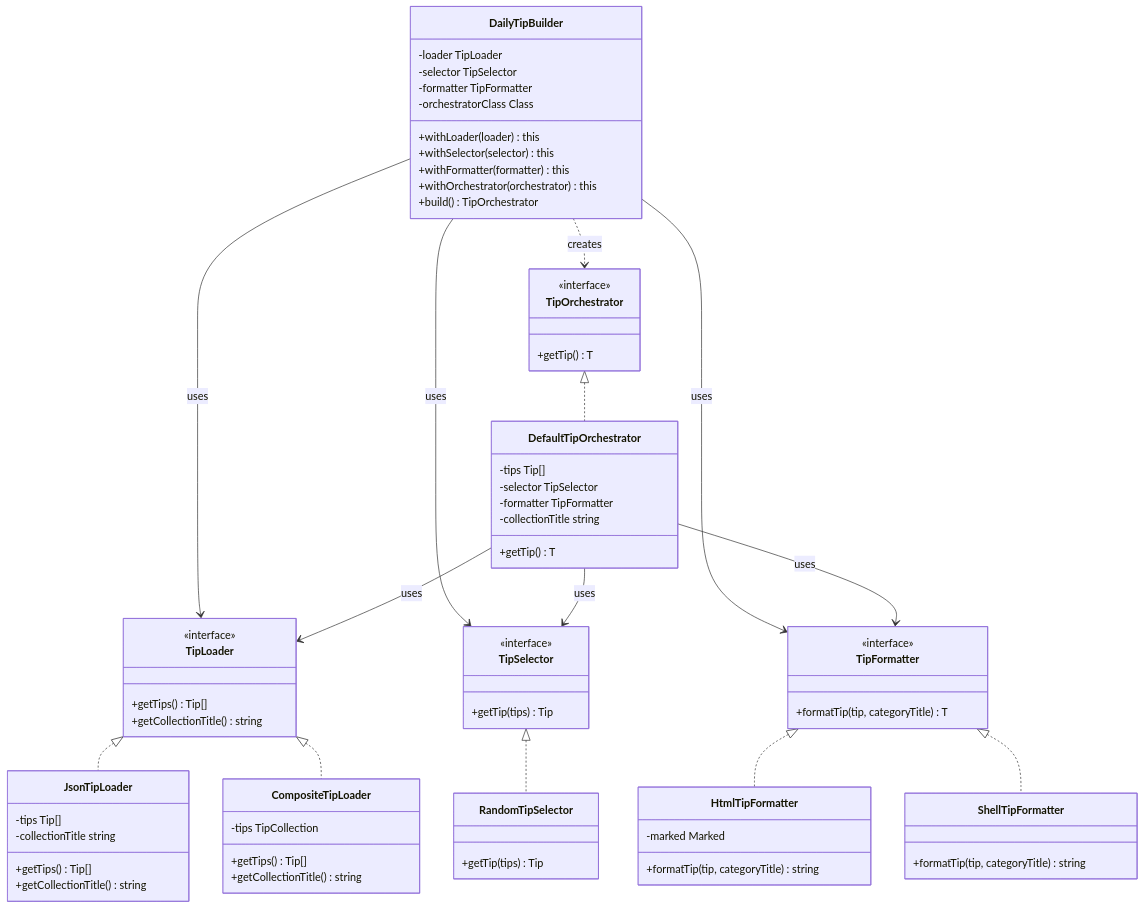
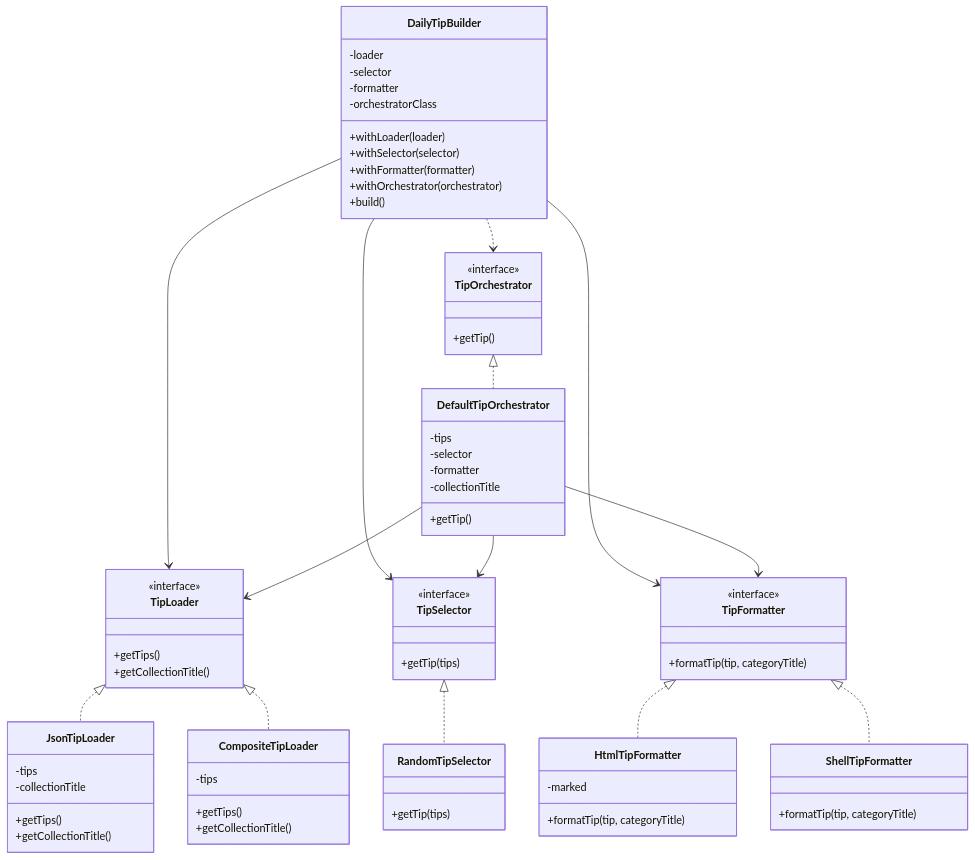
One commit to timramsier/daily-tip changed the second of 4 diagrams in docs/development/architecture.md. Above: the diagram before and after it, drawn with Mermaid.

Commit message:
fix: simplify Mermaid class diagram to remove all syntax errors
- Remove all type annotations (Tip[], string, etc.) from methods
- Remove type annotations from properties
- Keep only method/property names for cleaner diagram
- Maintain all class relationships and structure
- Remove relationship labels that may cause parsing issues

The diagram now uses minimal Mermaid syntax that is guaranteed
to render correctly while still showing the complete architecture.

````diff
--- a/docs/development/architecture.md
+++ b/docs/development/architecture.md
@@ -50,69 +50,69 @@
 classDiagram
     class TipLoader {
         <<interface>>
-        +getTips() Tip[]
-        +getCollectionTitle() string
+        +getTips()
+        +getCollectionTitle()
     }
     
     class TipSelector {
         <<interface>>
-        +getTip(tips) Tip
+        +getTip(tips)
     }
     
     class TipFormatter {
         <<interface>>
-        +formatTip(tip, categoryTitle) T
+        +formatTip(tip, categoryTitle)
     }
     
     class TipOrchestrator {
         <<interface>>
-        +getTip() T
+        +getTip()
     }
     
     class DailyTipBuilder {
-        -loader TipLoader
-        -selector TipSelector
-        -formatter TipFormatter
-        -orchestratorClass Class
-        +withLoader(loader) this
-        +withSelector(selector) this
-        +withFormatter(formatter) this
-        +withOrchestrator(orchestrator) this
-        +build() TipOrchestrator
+        -loader
+        -selector
+        -formatter
+        -orchestratorClass
+        +withLoader(loader)
+        +withSelector(selector)
+        +withFormatter(formatter)
+        +withOrchestrator(orchestrator)
+        +build()
     }
     
     class DefaultTipOrchestrator {
-        -tips Tip[]
-        -selector TipSelector
-        -formatter TipFormatter
-        -collectionTitle string
-        +getTip() T
+        -tips
+        -selector
+        -formatter
+        -collectionTitle
+        +getTip()
     }
     
     class JsonTipLoader {
-        -tips Tip[]
-        -collectionTitle string
-        +getTips() Tip[]
-        +getCollectionTitle() string
+        -tips
+        -collectionTitle
+        +getTips()
+        +getCollectionTitle()
     }
     
     class CompositeTipLoader {
-        -tips TipCollection
-        +getTips() Tip[]
-        +getCollectionTitle() string
+        -tips
+        +getTips()
+        +getCollectionTitle()
     }
     
     class RandomTipSelector {
-        +getTip(tips) Tip
+        +getTip(tips)
     }
     
     class HtmlTipFormatter {
-        -marked Marked
-        +formatTip(tip, categoryTitle) string
+        -marked
+        +formatTip(tip, categoryTitle)
     }
     
     class ShellTipFormatter {
-        +formatTip(tip, categoryTitle) string
+        +formatTip(tip, categoryTitle)
     }
     
     TipLoader <|.. JsonTipLoader
@@ -122,12 +122,12 @@
     TipFormatter <|.. ShellTipFormatter
     TipOrchestrator <|.. DefaultTipOrchestrator
     
-    DailyTipBuilder --> TipLoader : uses
-    DailyTipBuilder --> TipSelector : uses
-    DailyTipBuilder --> TipFormatter : uses
-    DailyTipBuilder ..> TipOrchestrator : creates
+    DailyTipBuilder --> TipLoader
+    DailyTipBuilder --> TipSelector
+    DailyTipBuilder --> TipFormatter
+    DailyTipBuilder ..> TipOrchestrator
     
-    DefaultTipOrchestrator --> TipLoader : uses
-    DefaultTipOrchestrator --> TipSelector : uses
-    DefaultTipOrchestrator --> TipFormatter : uses
+    DefaultTipOrchestrator --> TipLoader
+    DefaultTipOrchestrator --> TipSelector
+    DefaultTipOrchestrator --> TipFormatter
 ```
````
